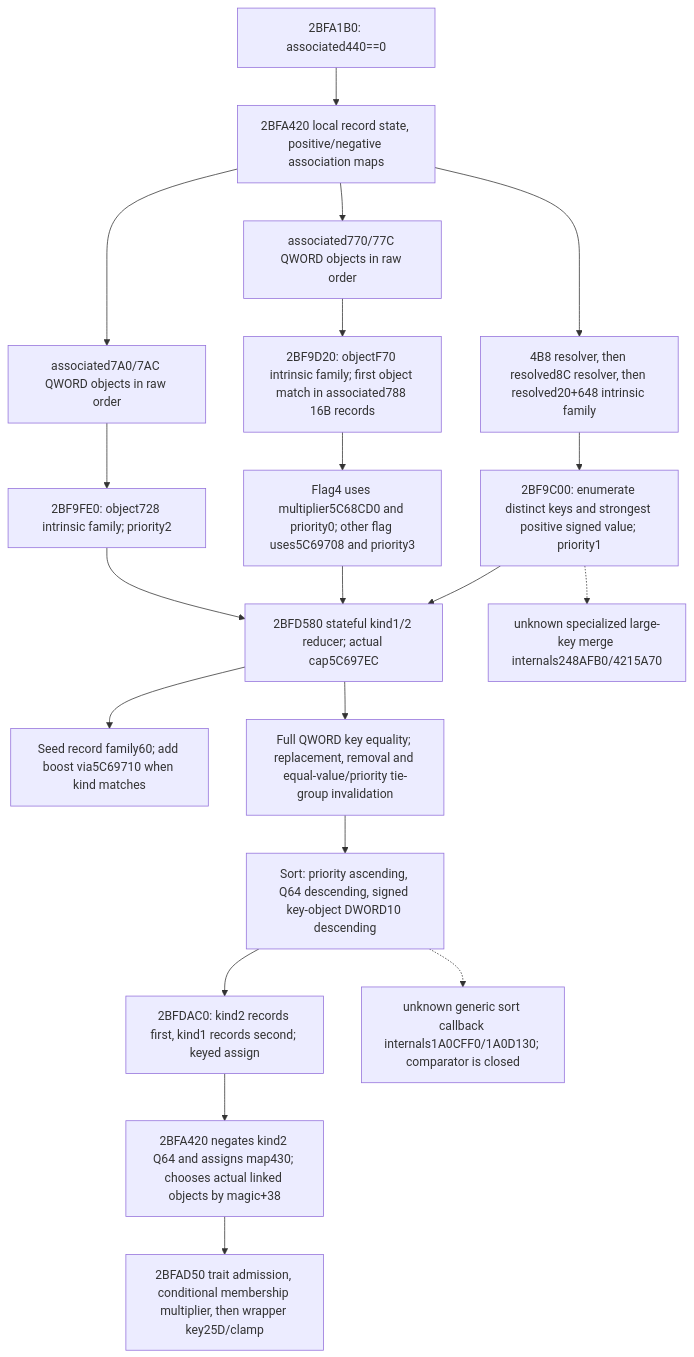
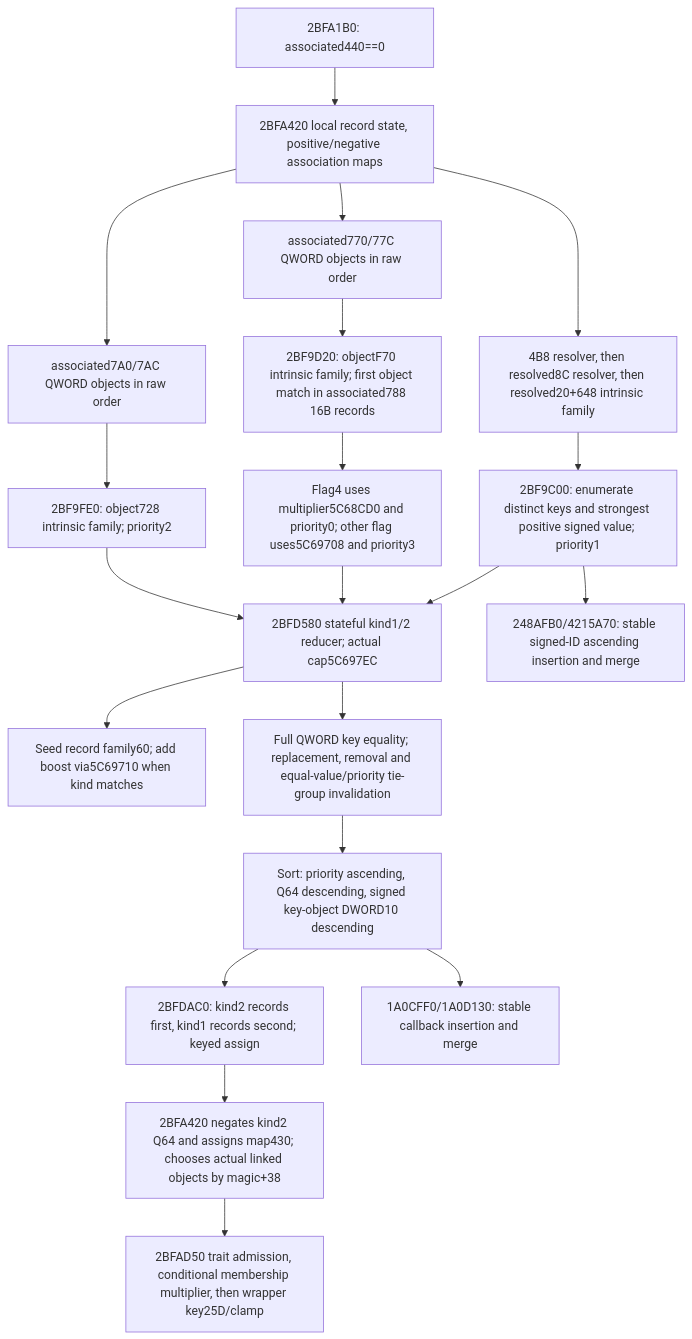
One commit to XenoAmess/ck3_eternal_recurrence changed the diagram in docs/ck3-native-ai/battle-person-uncached-recipient-inputs-12003.md. Above: the diagram before and after it, drawn with Mermaid. The commit also changed other lines of this file and 8 other files, not shown here.

````diff
--- a/docs/ck3-native-ai/battle-person-uncached-recipient-inputs-12003.md
+++ b/docs/ck3-native-ai/battle-person-uncached-recipient-inputs-12003.md
@@ -18,22 +18,22 @@
 ```mermaid
 flowchart TD
     A[2BFA1B0: associated440==0] --> B[2BFA420 local record state, positive/negative association maps]
     B --> C[4B8 resolver, then resolved8C resolver, then resolved20+648 intrinsic family]
     C --> D[2BF9C00: enumerate distinct keys and strongest positive signed value; priority1]
     B --> E[associated770/77C QWORD objects in raw order]
     E --> F[2BF9D20: objectF70 intrinsic family; first object match in associated788 16B records]
     F --> G[Flag4 uses multiplier5C68CD0 and priority0; other flag uses5C69708 and priority3]
     B --> H[associated7A0/7AC QWORD objects in raw order]
     H --> I[2BF9FE0: object728 intrinsic family; priority2]
     D --> J[2BFD580 stateful kind1/2 reducer; actual cap5C697EC]
     G --> J
     I --> J
     J --> K[Seed record family60; add boost via5C69710 when kind matches]
     J --> L[Full QWORD key equality; replacement, removal and equal-value/priority tie-group invalidation]
     L --> M[Sort: priority ascending, Q64 descending, signed key-object DWORD10 descending]
     M --> N[2BFDAC0: kind2 records first, kind1 records second; keyed assign]
     N --> O[2BFA420 negates kind2 Q64 and assigns map430; chooses actual linked objects by magic+38]
     O --> P[2BFAD50 trait admission, conditional membership multiplier, then wrapper key25D/clamp]
-    D -.-> U[unknown specialized large-key merge internals248AFB0/4215A70]
-    M -.-> V[unknown generic sort callback internals1A0CFF0/1A0D130; comparator is closed]
+    D --> U[248AFB0/4215A70: stable signed-ID ascending insertion and merge]
+    M --> V[1A0CFF0/1A0D130: stable callback insertion and merge]
 ```
````
